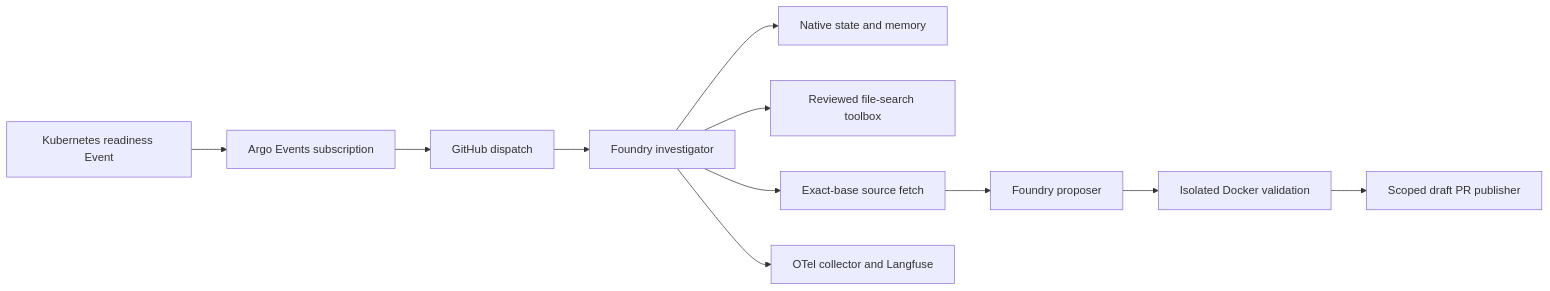
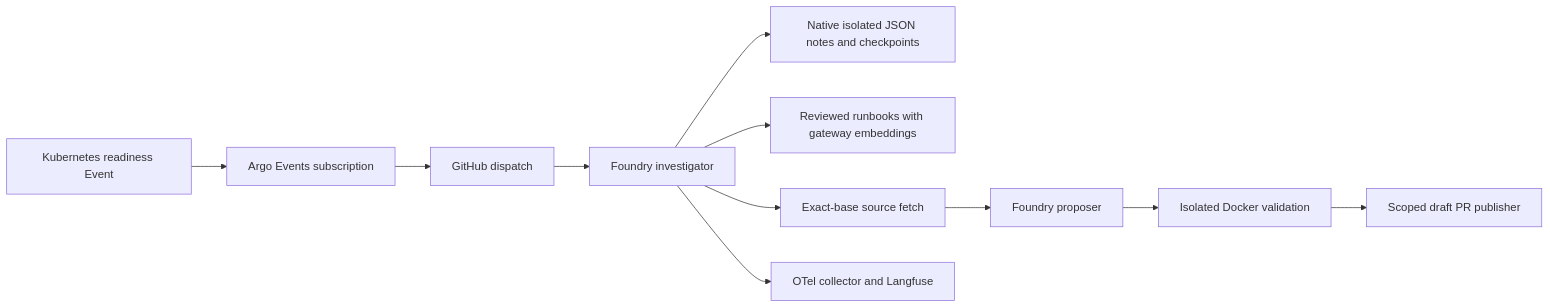
The third of 3 diagrams in README.md (ai-platform-portfolio/agent-catalog), drawn with Mermaid before and after one commit. The commit also changed other lines of this file and 11 other files, not shown here.

````diff
--- a/README.md
+++ b/README.md
@@ -384,13 +385,13 @@
 ```mermaid
 flowchart LR
   K[Kubernetes readiness Event] --> A[Argo Events subscription]
   A --> G[GitHub dispatch]
   G --> I[Foundry investigator]
-  I --> S[Native state and memory]
-  I --> R[Reviewed file-search toolbox]
+  I --> S[Native isolated JSON notes and checkpoints]
+  I --> R[Reviewed runbooks with gateway embeddings]
   I --> F[Exact-base source fetch]
   F --> P[Foundry proposer]
   P --> V[Isolated Docker validation]
   V --> D[Scoped draft PR publisher]
   I --> O[OTel collector and Langfuse]
 ```
````
